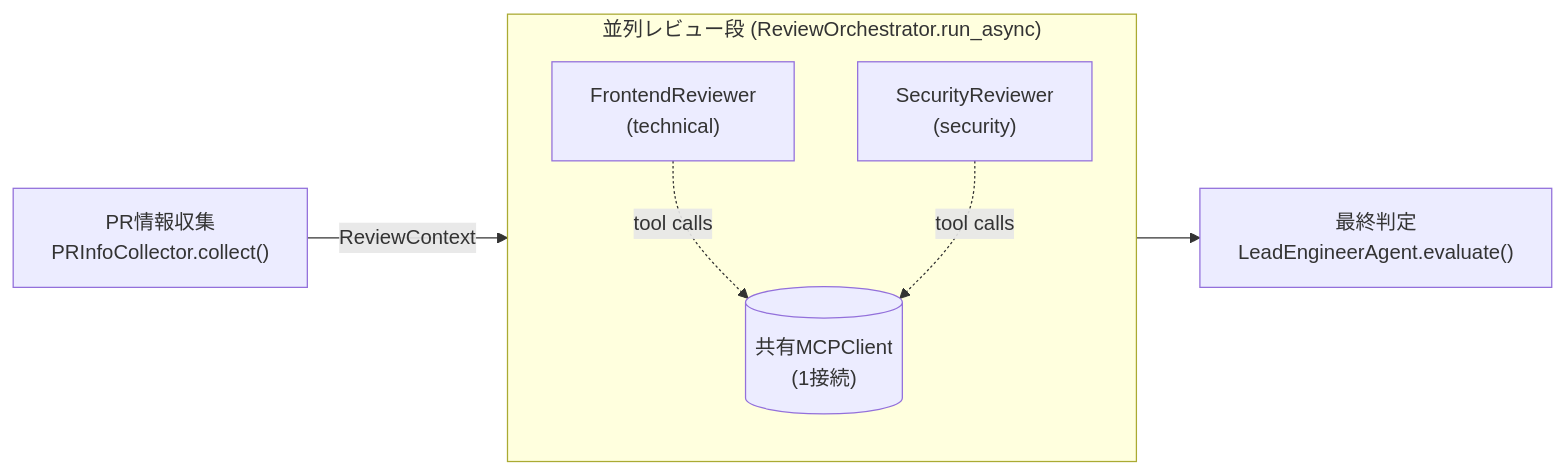
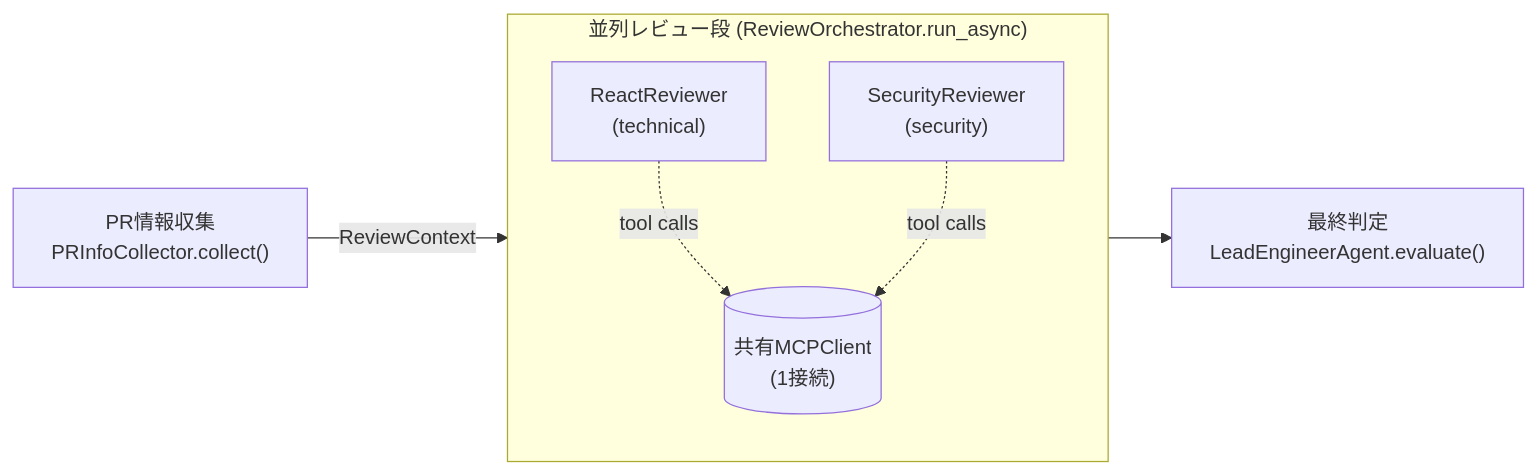
One commit to kuju63/code-review-agents changed the first of 2 diagrams in docs/mcp-connection-stabilization-spec.md. Above: the diagram before and after it, drawn with Mermaid. The commit also changed 7 other files, not shown here.

````diff
--- a/docs/mcp-connection-stabilization-spec.md
+++ b/docs/mcp-connection-stabilization-spec.md
@@ -49,15 +49,15 @@
 ```mermaid
 flowchart LR
     A["PR情報収集<br/>PRInfoCollector.collect()"] -->|ReviewContext| B
 
     subgraph B["並列レビュー段 (ReviewOrchestrator.run_async)"]
         direction TB
         Shared[("共有MCPClient<br/>(1接続)")]
-        R1["FrontendReviewer<br/>(technical)"]
+        R1["ReactReviewer<br/>(technical)"]
         R2["SecurityReviewer<br/>(security)"]
         R1 -.->|tool calls| Shared
         R2 -.->|tool calls| Shared
     end
 
     B --> C["最終判定<br/>LeadEngineerAgent.evaluate()"]
 ```
````
